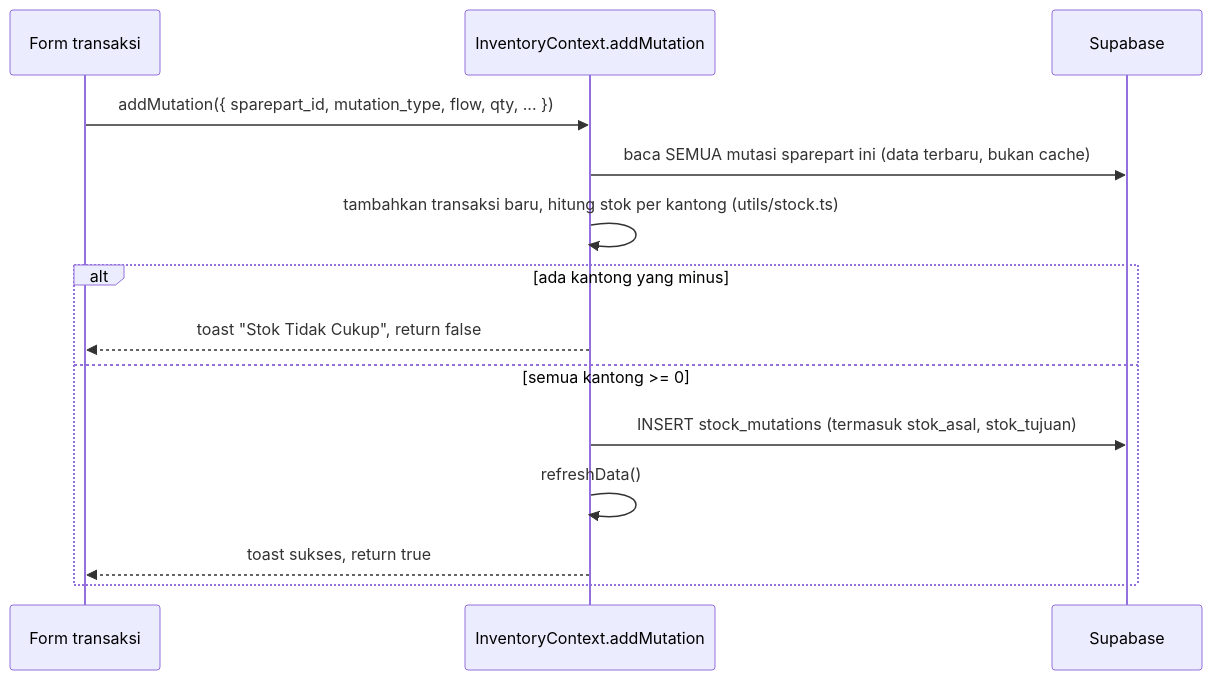
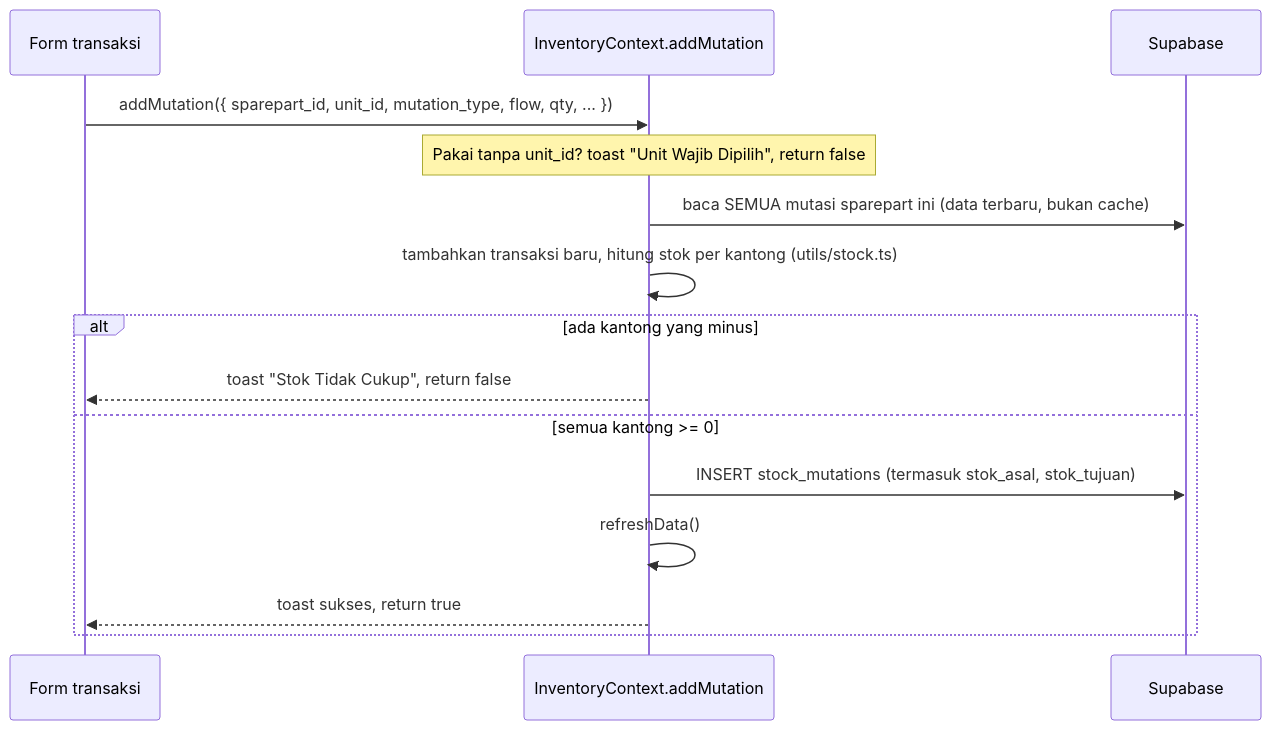
The third of 3 diagrams in docs/ARCHITECTURE.md (seevent/masih-berapa), drawn with Mermaid before and after one commit. The commit also changed other lines of this file and 44 other files, not shown here.

````diff
--- a/docs/ARCHITECTURE.md
+++ b/docs/ARCHITECTURE.md
@@ -130,16 +135,17 @@
 ```mermaid
 sequenceDiagram
     participant Form as Form transaksi
     participant Ctx as InventoryContext.addMutation
     participant SB as Supabase
-    Form->>Ctx: addMutation({ sparepart_id, mutation_type, flow, qty, ... })
+    Form->>Ctx: addMutation({ sparepart_id, unit_id, mutation_type, flow, qty, ... })
+    Note over Ctx: Pakai tanpa unit_id? toast "Unit Wajib Dipilih", return false
     Ctx->>SB: baca SEMUA mutasi sparepart ini (data terbaru, bukan cache)
     Ctx->>Ctx: tambahkan transaksi baru, hitung stok per kantong (utils/stock.ts)
     alt ada kantong yang minus
         Ctx-->>Form: toast "Stok Tidak Cukup", return false
     else semua kantong >= 0
         Ctx->>SB: INSERT stock_mutations (termasuk stok_asal, stok_tujuan)
         Ctx->>Ctx: refreshData()
         Ctx-->>Form: toast sukses, return true
     end
 ```
````
